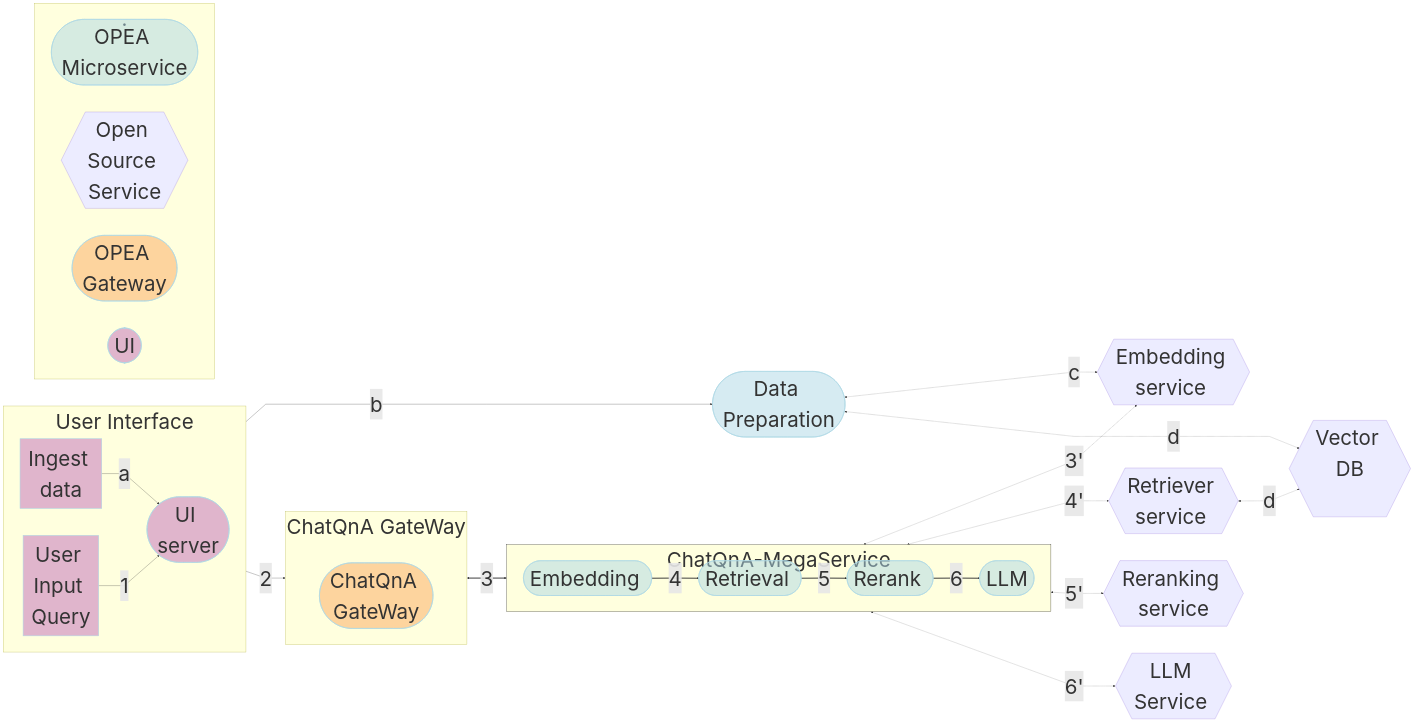
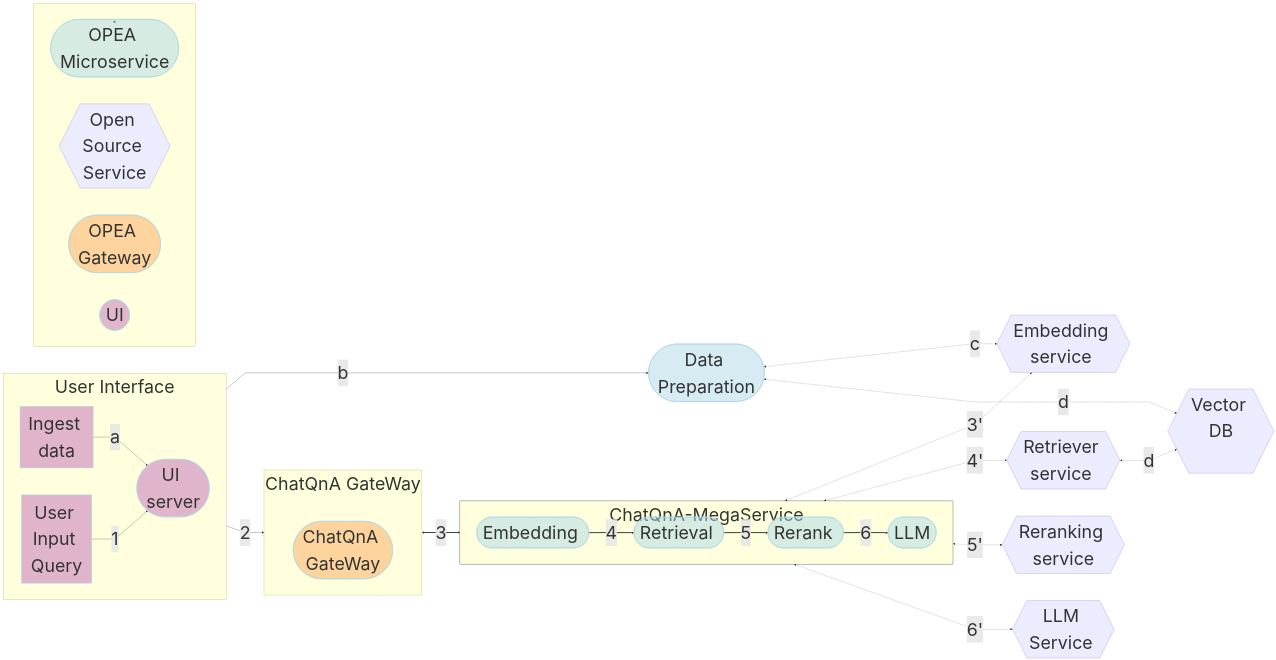
One commit to ctao456/GenAIExamples changed the diagram in ChatQnA/README.md. Above: the diagram before and after it, drawn with Mermaid.

Commit message:
custom to both light and dark themes

```diff
--- a/ChatQnA/README.md
+++ b/ChatQnA/README.md
@@ -20,7 +20,7 @@
     curve: linear
     useMaxWidth: true
   themeVariables:
-    fontSize: 76px
+    fontSize: 66px
 ---
 
 flowchart LR
```
